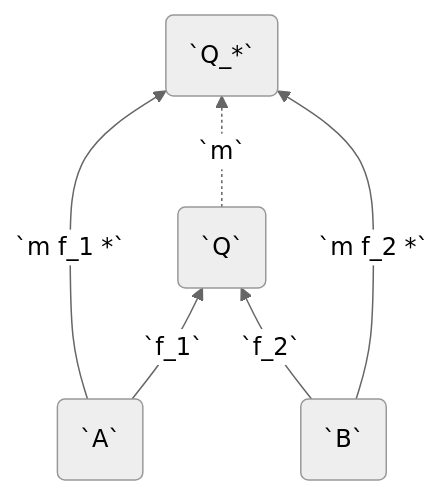
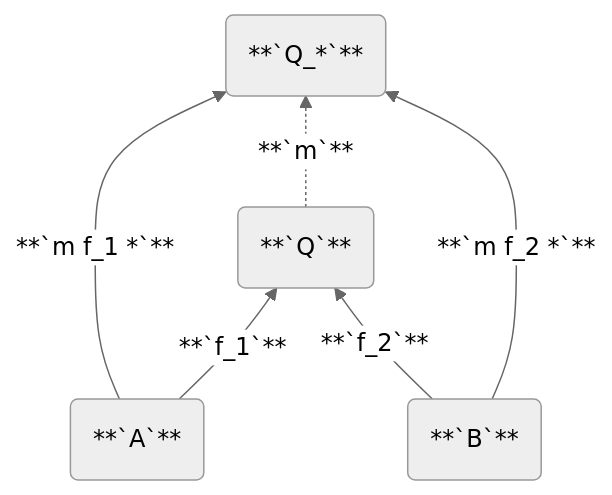
The second of 2 diagrams in notes/category.md (Bricktech2000/Notes), drawn with Mermaid (neutral theme) before and after one commit. The commit also changed other lines of this file and 25 other files, not shown here.

````diff
--- a/notes/category.md
+++ b/notes/category.md
@@ -219,14 +219,14 @@
 ```mermaid
 graph BT
-  A(`A`)
-  B(`B`)
-  Q(`Q`)
-  Q_(`Q_*`)
+  A(**`A`**)
+  B(**`B`**)
+  Q(**`Q`**)
+  Q_(**`Q_*`**)
 
-  A -- `f_1` --> Q
-  B -- `f_2` --> Q
+  A -- **`f_1`** --> Q
+  B -- **`f_2`** --> Q
 
-  A -- `m f_1 *` --> Q_
-  Q -. `m` .-> Q_
-  B -- `m f_2 *` --> Q_
+  A -- **`m f_1 *`** --> Q_
+  Q -. **`m`** .-> Q_
+  B -- **`m f_2 *`** --> Q_
 ```
````
